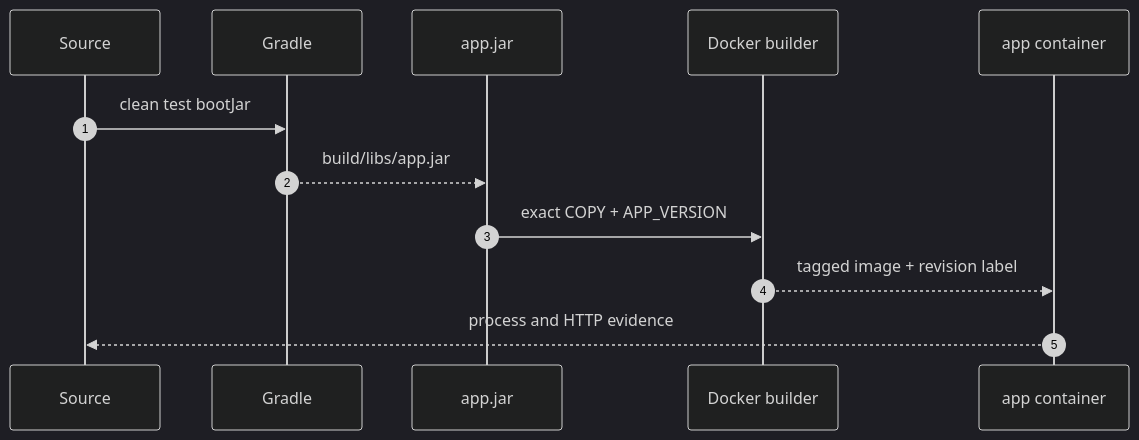
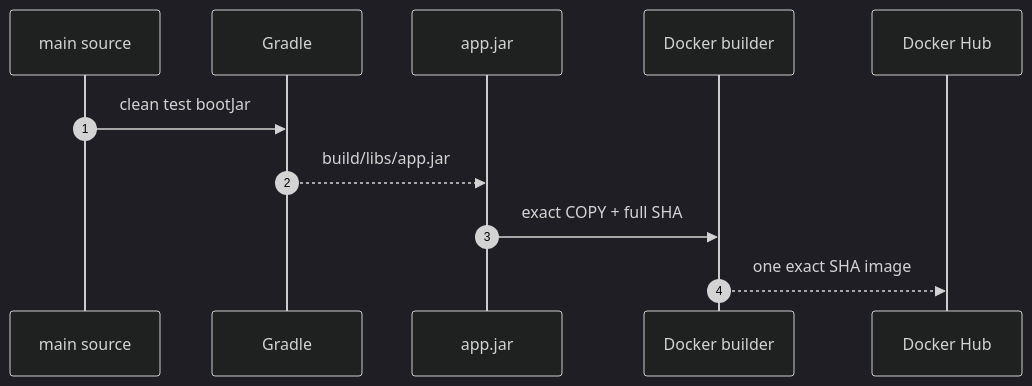
One commit to stdiodh/spring-boot-cicd-deployment-lab changed the first of 4 diagrams in docs/theory.md. Above: the diagram before and after it, drawn with Mermaid (dark theme). The commit also changed other lines of this file and 48 other files, not shown here.

````diff
--- a/docs/theory.md
+++ b/docs/theory.md
@@ -13,15 +8,14 @@
 ```mermaid
 sequenceDiagram
     autonumber
-    participant Source as Source
+    participant Source as main source
     participant Gradle as Gradle
     participant Jar as app.jar
     participant Docker as Docker builder
-    participant Runtime as app container
+    participant Hub as Docker Hub
 
     Source->>Gradle: clean test bootJar
     Gradle-->>Jar: build/libs/app.jar
-    Jar->>Docker: exact COPY + APP_VERSION
-    Docker-->>Runtime: tagged image + revision label
-    Runtime-->>Source: process and HTTP evidence
+    Jar->>Docker: exact COPY + full SHA
+    Docker-->>Hub: one exact SHA image
 ```
````
